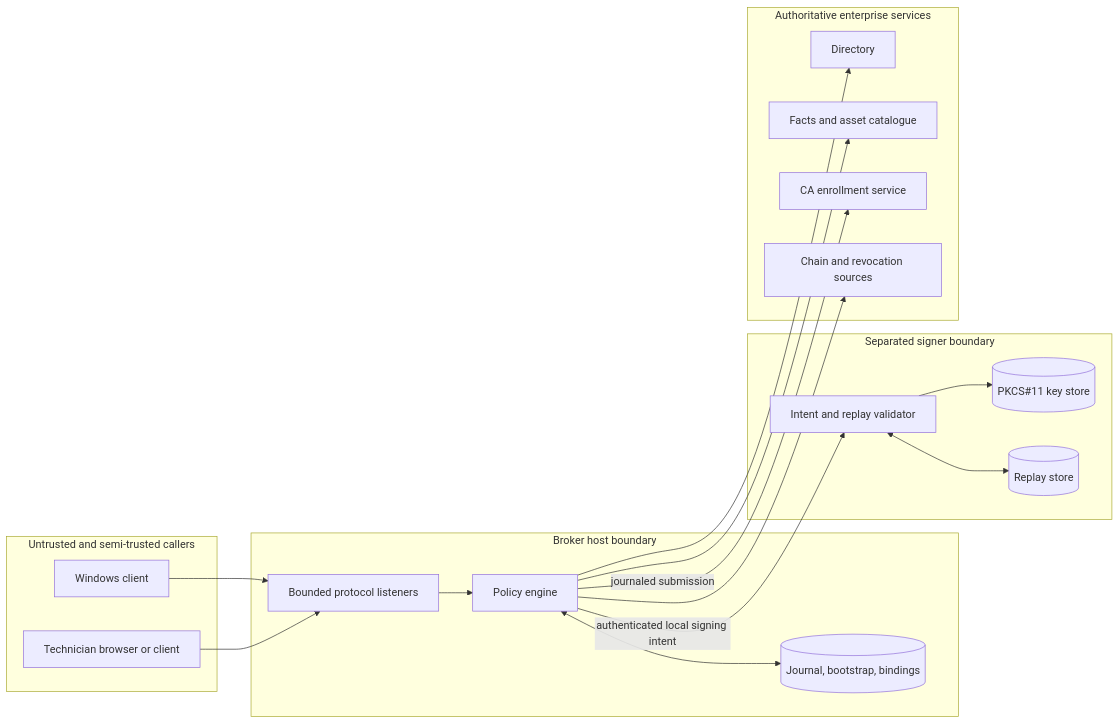
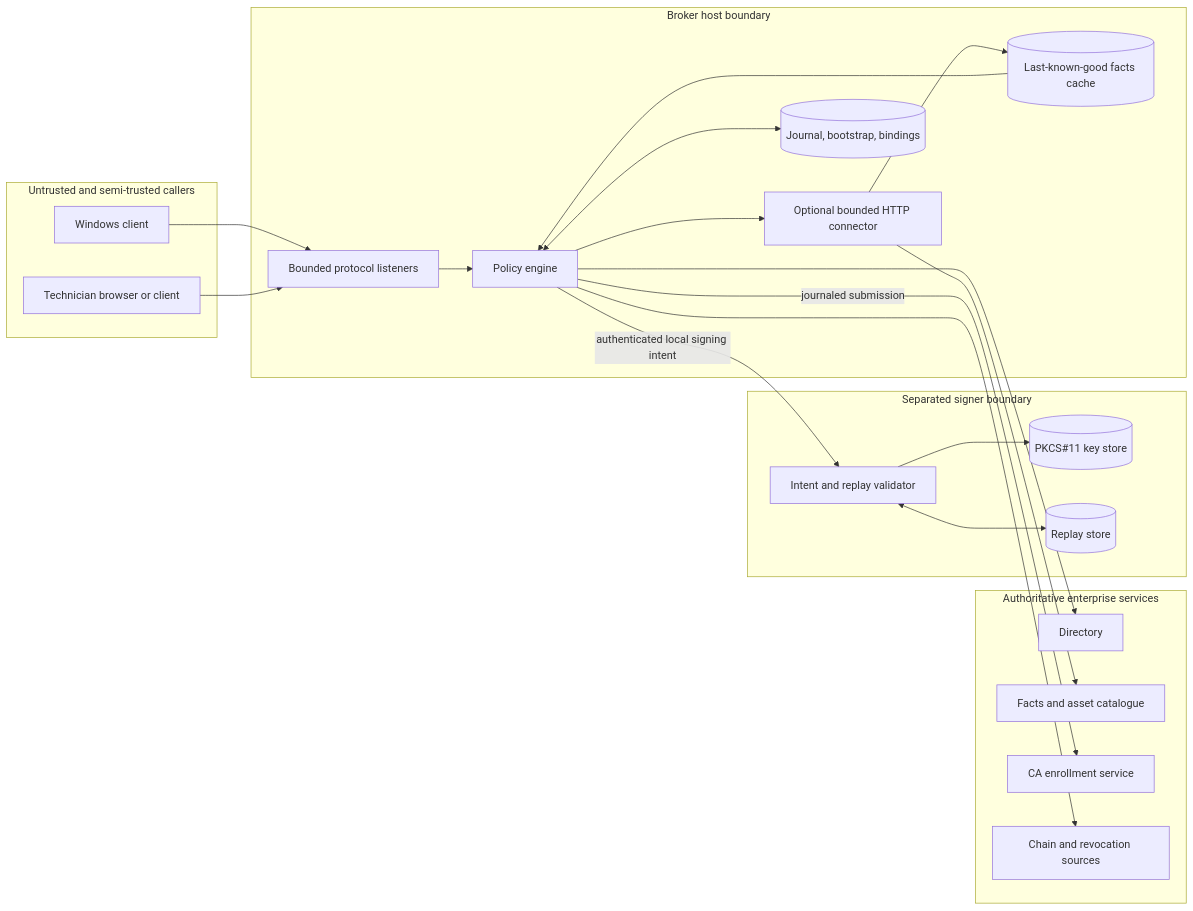
One commit to rovingclimber/adcs-enrollment-broker changed the diagram in docs/architecture/trust-boundaries.md. Above: the diagram before and after it, drawn with Mermaid. The commit also changed other lines of this file and 100 other files, not shown here.

````diff
--- a/docs/architecture/trust-boundaries.md
+++ b/docs/architecture/trust-boundaries.md
@@ -3,34 +3,39 @@
 ```mermaid
 flowchart LR
   subgraph U[Untrusted and semi-trusted callers]
     WC[Windows client]
     OP[Technician browser or client]
   end
   subgraph B[Broker host boundary]
     IN[Bounded protocol listeners]
     PE[Policy engine]
+    CO[Optional bounded HTTP connector]
+    FC[(Last-known-good facts cache)]
     ST[(Journal, bootstrap, bindings)]
   end
   subgraph S[Separated signer boundary]
     SV[Intent and replay validator]
     KS[(PKCS#11 key store)]
     RS[(Replay store)]
   end
   subgraph A[Authoritative enterprise services]
     DI[Directory]
     FA[Facts and asset catalogue]
     CA[CA enrollment service]
     RV[Chain and revocation sources]
   end
   WC --> IN
   OP --> IN
   IN --> PE
   PE <--> ST
   PE --> DI
-  PE --> FA
+  PE --> CO
+  CO --> FA
+  CO --> FC
+  FC --> PE
   PE -->|authenticated local signing intent| SV
   SV --> KS
   SV <--> RS
   PE -->|journaled submission| CA
   PE --> RV
 ```
````
